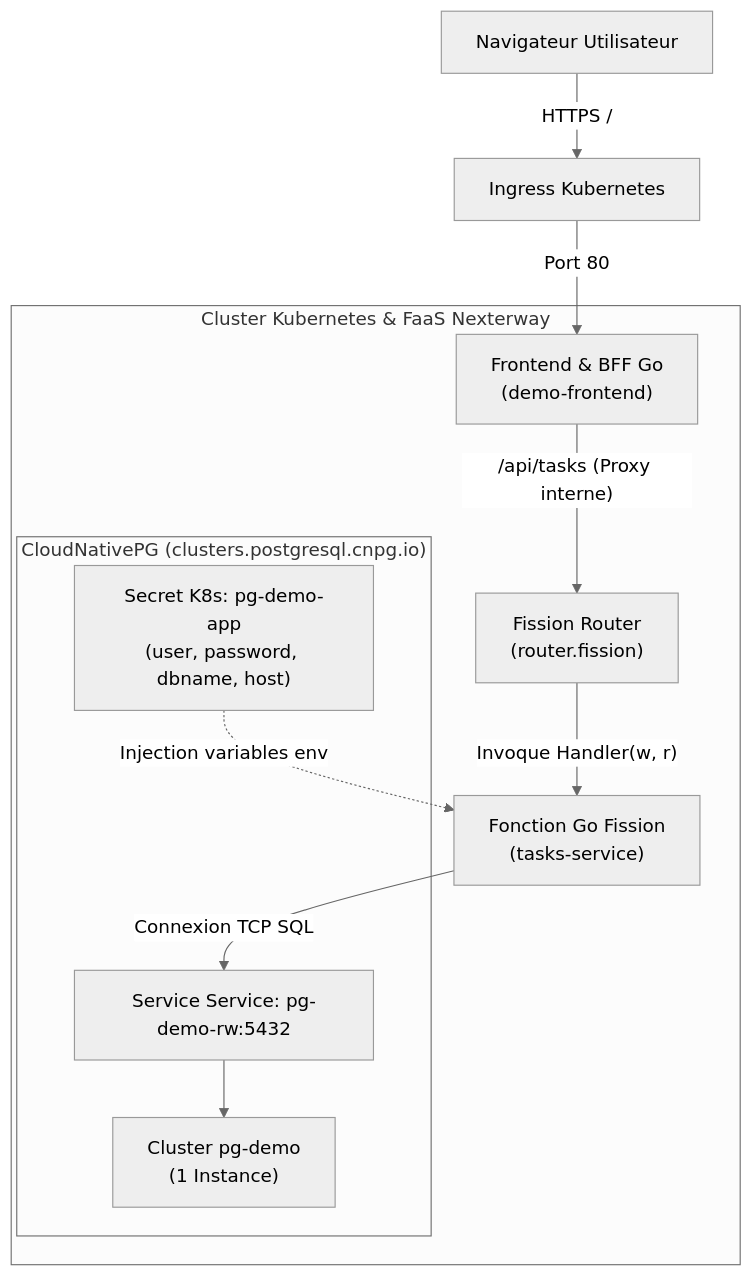
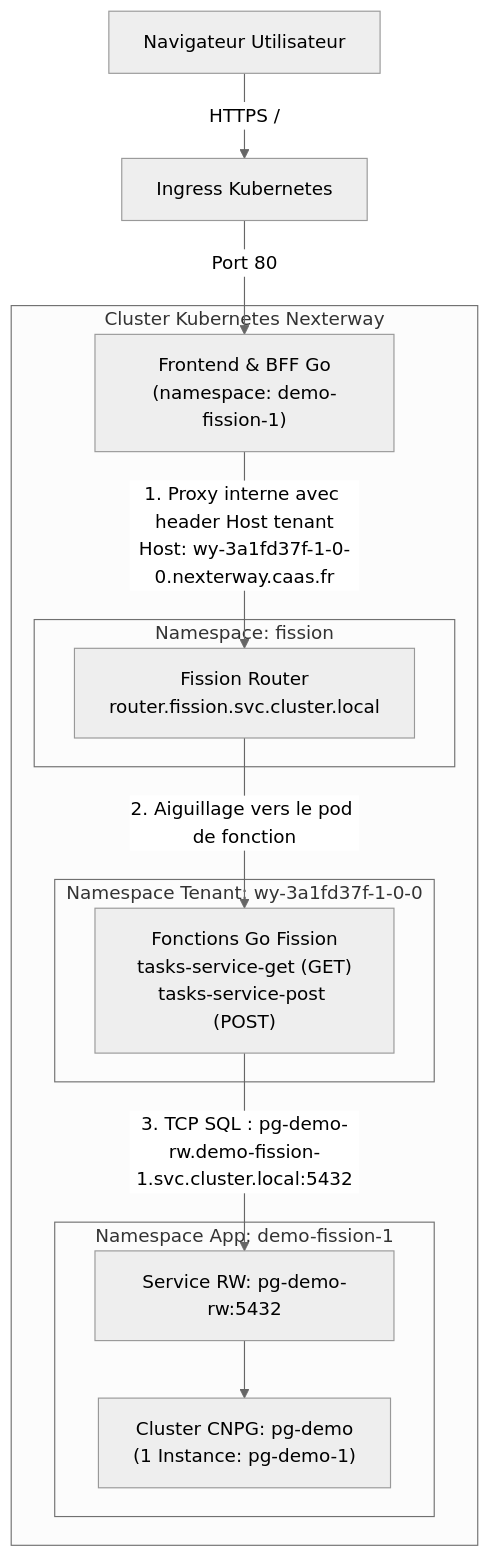
One commit to herveleclerc/nexterway-faas-demo changed the diagram in src/demo-complete/README.md. Above: the diagram before and after it, drawn with Mermaid (neutral theme). The commit also changed other lines of this file and 2 other files, not shown here.

Commit message:
feat: split Fission handlers into GET/POST and migrate deployment to dedicated namespace

````diff
--- a/src/demo-complete/README.md
+++ b/src/demo-complete/README.md
@@ -12,20 +12,25 @@
 ```mermaid
 flowchart TD
     User["Navigateur Utilisateur"] -->|"HTTPS /"| Ingress["Ingress Kubernetes"]
-    Ingress -->|"Port 80"| Front["Frontend & BFF Go\n(demo-frontend)"]
+    Ingress -->|"Port 80"| Front["Frontend & BFF Go\n(namespace: demo-fission-1)"]
     
-    subgraph K8s["Cluster Kubernetes & FaaS Nexterway"]
-        Front -->|"/api/tasks (Proxy interne)"| Router["Fission Router\n(router.fission)"]
-        Router -->|"Invoque Handler(w, r)"| FissionPod["Fonction Go Fission\n(tasks-service)"]
-        
-        subgraph CNPG["CloudNativePG (clusters.postgresql.cnpg.io)"]
-            PGCluster["Cluster pg-demo\n(1 Instance)"]
-            PGService["Service Service: pg-demo-rw:5432"]
-            PGSecret["Secret K8s: pg-demo-app\n(user, password, dbname, host)"]
+    subgraph K8s["Cluster Kubernetes Nexterway"]
+        subgraph NS_FISSION["Namespace: fission"]
+            Router["Fission Router\nrouter.fission.svc.cluster.local"]
         end
-        
-        FissionPod -->|"Connexion TCP SQL"| PGService
+
+        subgraph NS_TENANT["Namespace Tenant: wy-3a1fd37f-1-0-0"]
+            FaaS["Fonctions Go Fission\ntasks-service-get (GET)\ntasks-service-post (POST)"]
+        end
+
+        subgraph NS_APP["Namespace App: demo-fission-1"]
+            PGCluster["Cluster CNPG: pg-demo\n(1 Instance: pg-demo-1)"]
+            PGService["Service RW: pg-demo-rw:5432"]
+        end
+
+        Front -->|"1. Proxy interne avec header Host tenant\nHost: wy-3a1fd37f-1-0-0.nexterway.caas.fr"| Router
+        Router -->|"2. Aiguillage vers le pod de fonction"| FaaS
+        FaaS -->|"3. TCP SQL : pg-demo-rw.demo-fission-1.svc.cluster.local:5432"| PGService
         PGService --> PGCluster
-        PGSecret -.->|"Injection variables env"| FissionPod
     end
 ```
````
